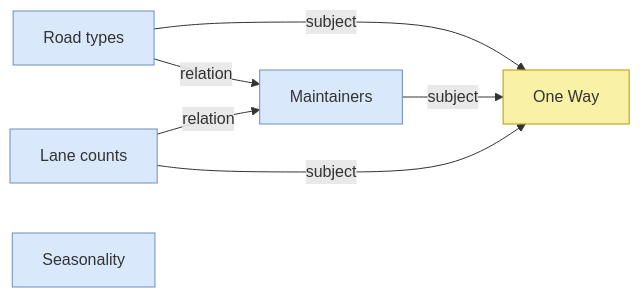
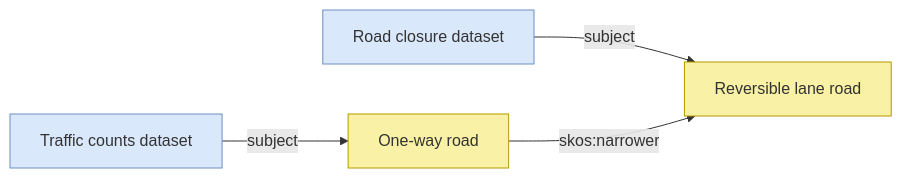
One commit to Kurrawong/docs changed the sixth of 7 diagrams in docs/concepts/vocabs/introduction.md. Above: the diagram before and after it, drawn with Mermaid. The commit also changed other lines of this file, not shown here.

````diff
--- a/docs/concepts/vocabs/introduction.md
+++ b/docs/concepts/vocabs/introduction.md
@@ -203,17 +198,16 @@
 ```mermaid
 graph LR;
     classDef concept fill:#f9f1a5,stroke:#b59a00;
     classDef default fill:#dae8fc,stroke:#6c8ebf;
-    
-    4["Road types"];
-    7["One Way"]:::concept;
-    8["Maintainers"];
-    9["Lane counts"];
-    10["Seasonality"];
 
-    4 -- "subject" --> 7;
-    4 -- "relation" --> 8;
-    8 -- "subject" --> 7;
-    9 -- "subject" --> 7;
-    9 -- "relation" --> 8;
+    D["Traffic counts dataset"];
+    E["Road closure dataset"];
+
+    C["One-way road"]:::concept;
+    F["Reversible lane road"]:::concept;
+
+    D -- "subject" --> C;
+    E -- "subject" --> F;
+
+    C -- "skos:narrower" --> F;
 ```
````
